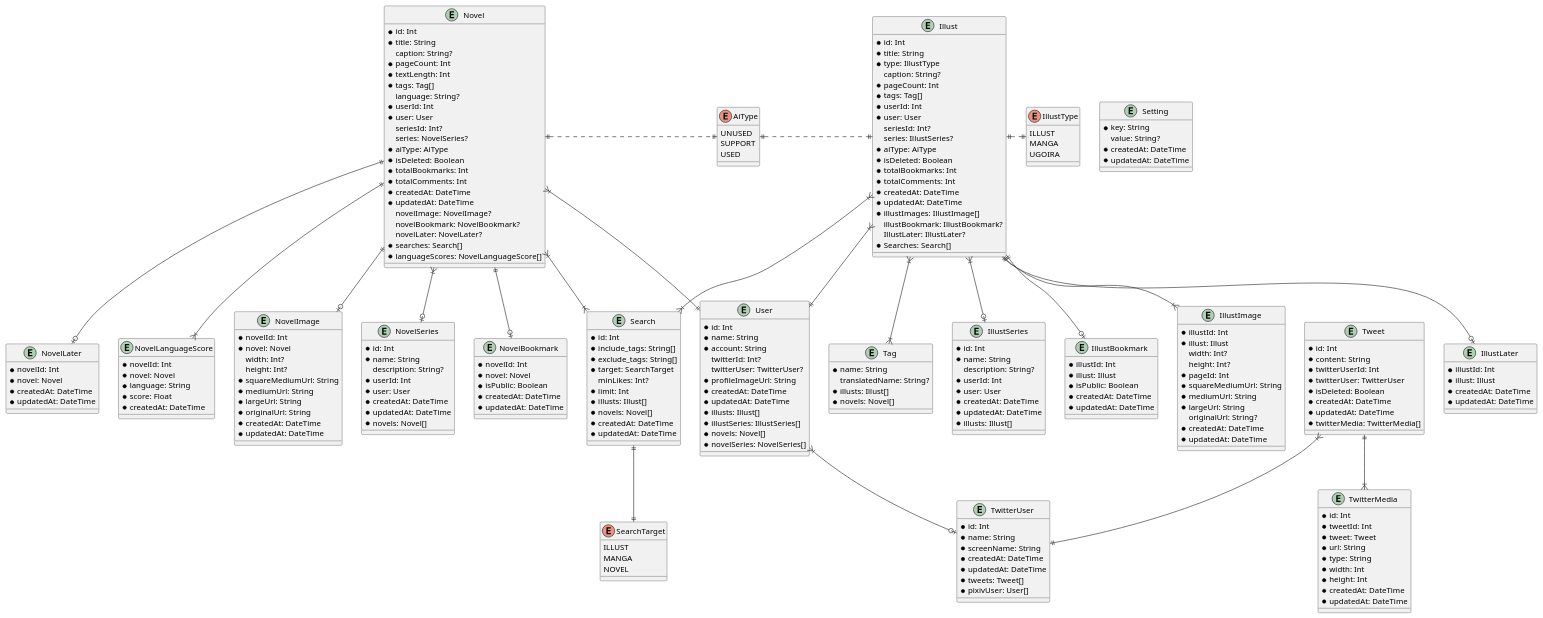
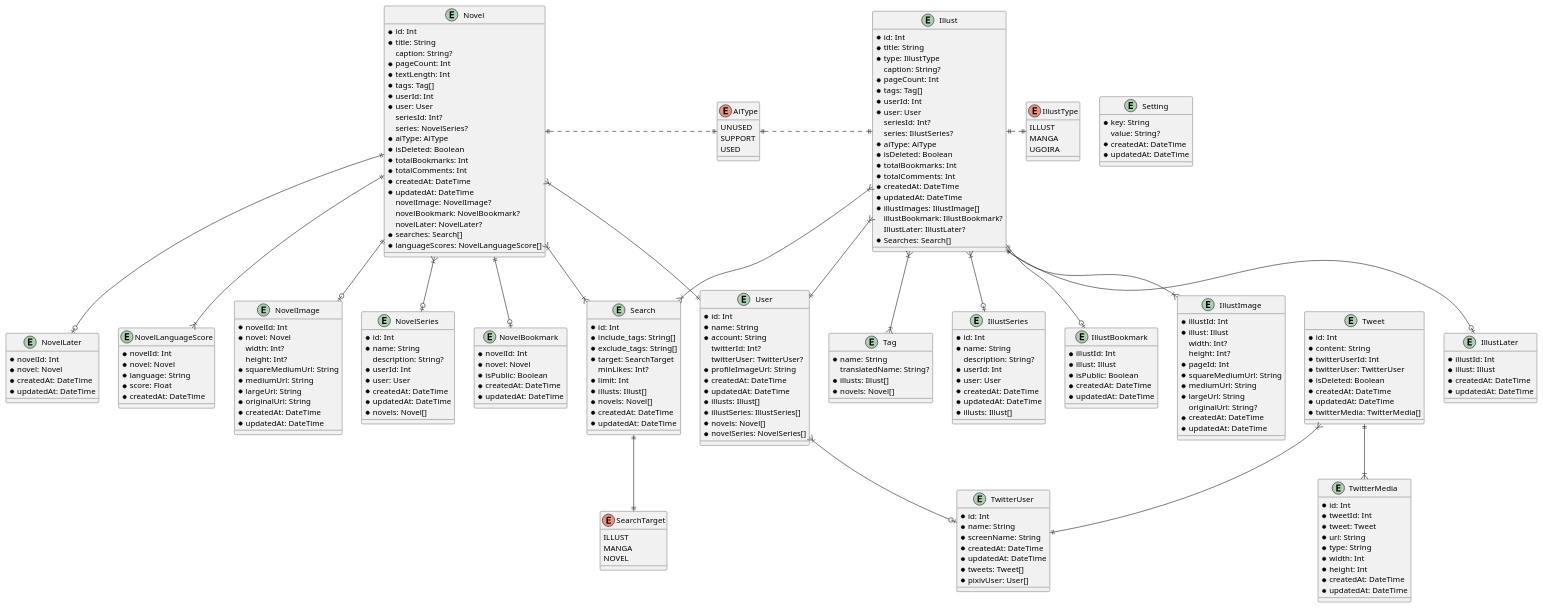
Before and after one commit to tomacheese/my-pixiv: the diagram in packages/db/prisma/schema.pu, drawn with PlantUML. The commit also changed 2 other files, not shown here.

Commit message:
fix(db-schema): remove language col

```diff
--- a/packages/db/prisma/schema.pu
+++ b/packages/db/prisma/schema.pu
@@ -88,7 +88,6 @@
   * pageCount: Int
   * textLength: Int
   * tags: Tag[]
-  language: String?
   * userId: Int
   * user: User
   seriesId: Int?
```
